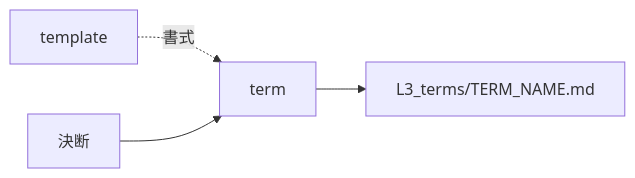
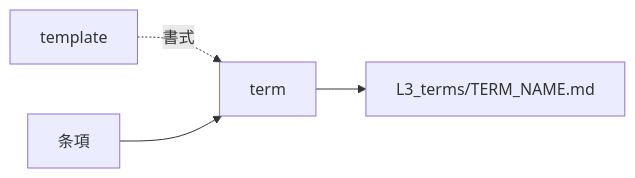
One commit to gameundwatch/archivist changed the diagram in docs/archivist/L2_designs/term.md. Above: the diagram before and after it, drawn with Mermaid. The commit also changed other lines of this file and 71 other files, not shown here.

````diff
--- a/docs/archivist/L2_designs/term.md
+++ b/docs/archivist/L2_designs/term.md
@@ -13,5 +13,5 @@
 ```mermaid
 flowchart LR
     TP["template"] -.書式.-> S["term"]
-    IN["決断"] --> S --> OUT["L3_terms/TERM_NAME.md"]
+    IN["条項"] --> S --> OUT["L3_terms/TERM_NAME.md"]
 ```
````
